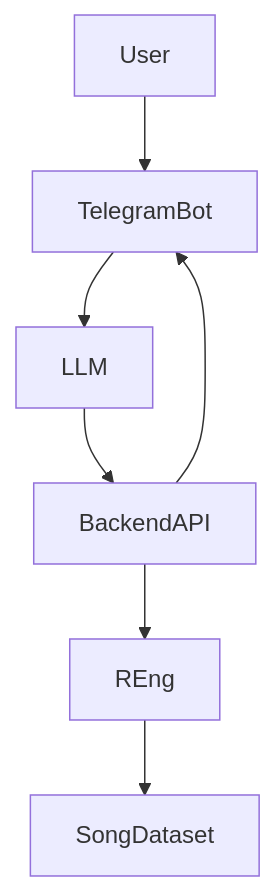
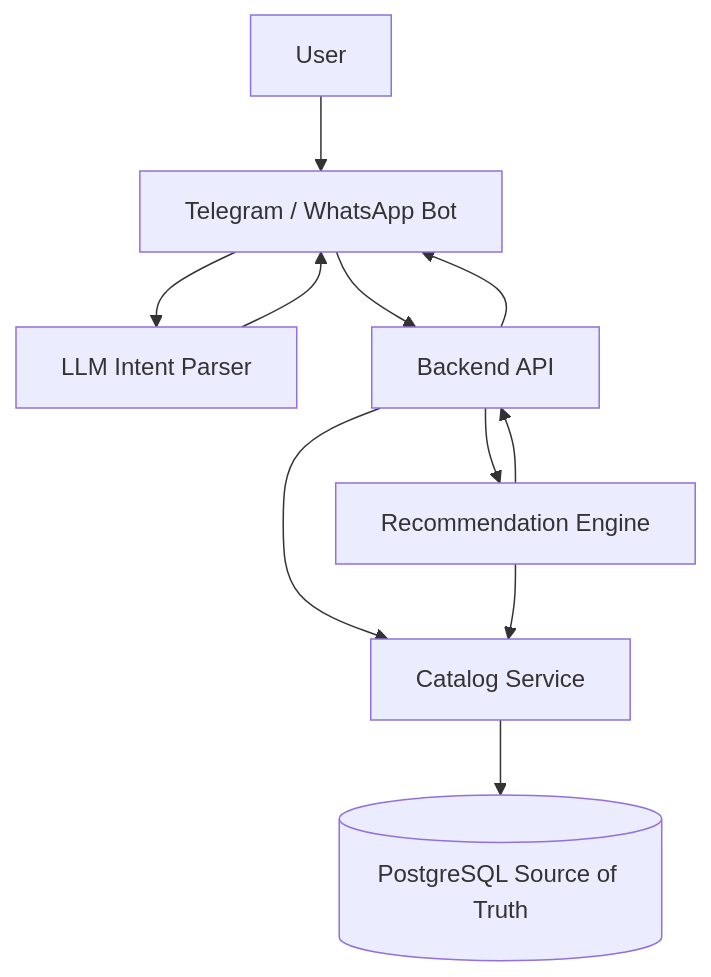
Before and after one commit to homeputers/cadentia: the first of 4 diagrams in docs/ARCHITECTURE.md, drawn with Mermaid. The commit also changed other lines of this file and 2 other files, not shown here.

Commit message:
docs: update adr-001 architecture documentation (#10)

````diff
--- a/docs/ARCHITECTURE.md
+++ b/docs/ARCHITECTURE.md
@@ -5,9 +11,13 @@
 ``` mermaid
 graph TD
-    User --> TelegramBot
-    TelegramBot --> LLM
-    LLM --> BackendAPI
-    BackendAPI --> REng
-    REng --> SongDataset
-    BackendAPI --> TelegramBot
+    User --> Bot[Telegram / WhatsApp Bot]
+    Bot --> IntentParser[LLM Intent Parser]
+    IntentParser --> Bot
+    Bot --> BackendAPI[Backend API]
+    BackendAPI --> CatalogService[Catalog Service]
+    CatalogService --> PostgreSQL[(PostgreSQL Source of Truth)]
+    BackendAPI --> REng[Recommendation Engine]
+    REng --> CatalogService
+    REng --> BackendAPI
+    BackendAPI --> Bot
 ```
````
